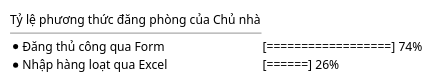
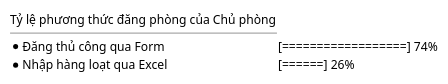
Before and after one commit to kienpham23/BuddingHotelStay-frontend: diagram 28 of 28 in huong_dan_ve_bieu_do.md, drawn with PlantUML. The commit also changed other lines of this file and 16 other files, not shown here.

````diff
--- a/huong_dan_ve_bieu_do.md
+++ b/huong_dan_ve_bieu_do.md
@@ -1228,10 +1290,10 @@
 ```plantuml
 @startsalt
 {
-  Tỷ lệ phương thức đăng phòng của Chủ nhà
+  Tỷ lệ phương thức đăng phòng của Chủ phòng
   --
   * Đăng thủ công qua Form     | [==================] 74%
   * Nhập hàng loạt qua Excel  | [======] 26%
 }
 @endsalt
 ```
````
